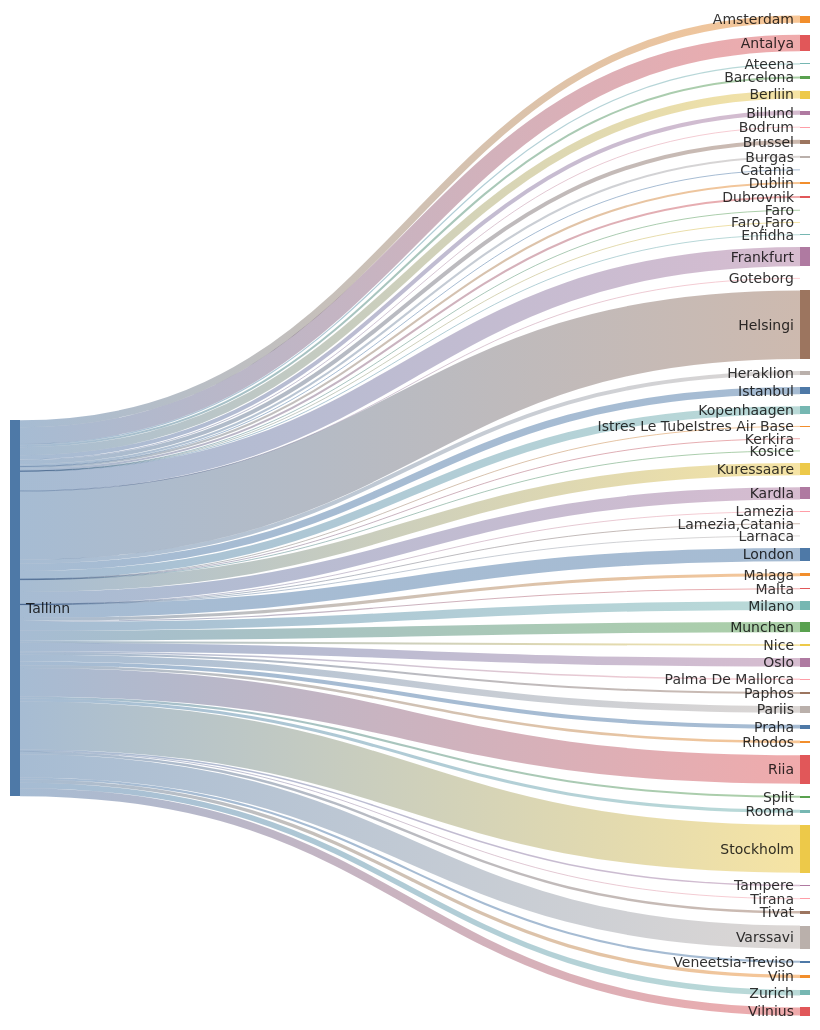
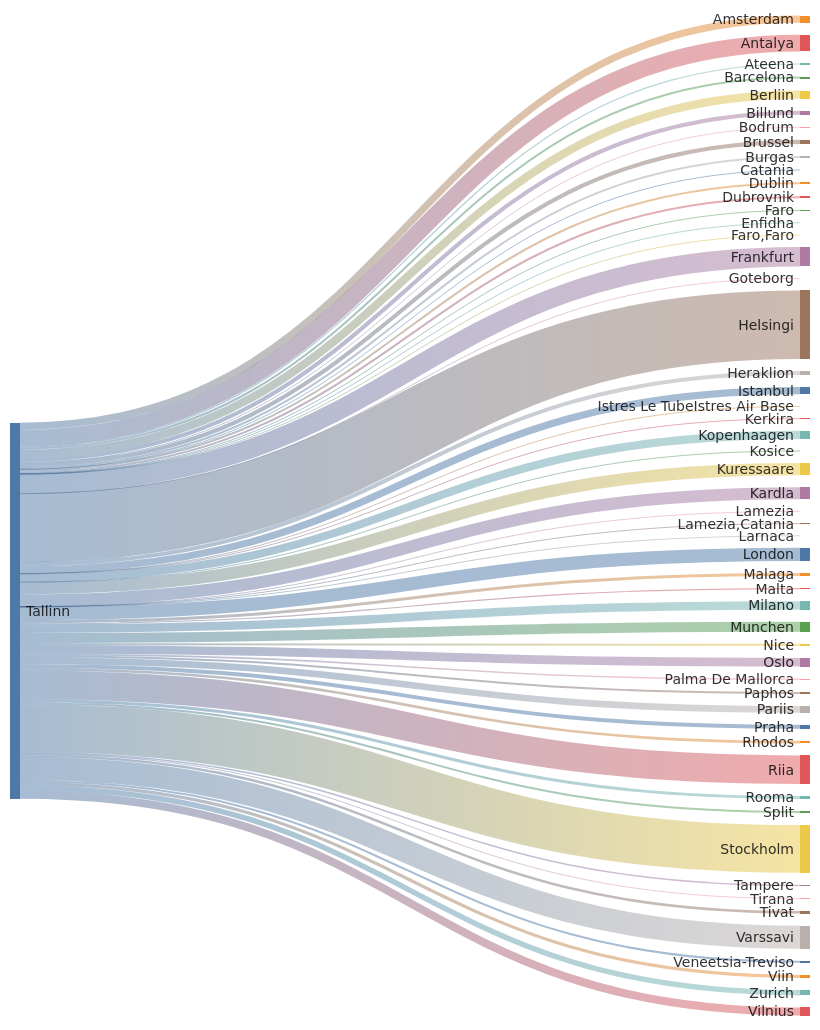
Before and after one commit to rainermesi/tll-airport-departures: the second of 2 diagrams in README.md, drawn with Mermaid. The commit also changed other lines of this file, not shown here.

````diff
--- a/README.md
+++ b/README.md
@@ -34,66 +34,66 @@
 ```mermaid
 ---
 config:
   sankey:
     showValues: false
     width: 800
     height: 1000
 ---
 sankey-beta
 %% source,target,value
-Tallinn,Amsterdam,72
-Tallinn,Antalya,168
+Tallinn,Amsterdam,73
+Tallinn,Antalya,172
 Tallinn,Ateena,12
 Tallinn,Barcelona,21
-Tallinn,Berliin,82
-Tallinn,Billund,41
+Tallinn,Berliin,84
+Tallinn,Billund,42
 Tallinn,Bodrum,10
-Tallinn,Brussel,41
+Tallinn,Brussel,42
 Tallinn,Burgas,21
 Tallinn,Catania,2
 Tallinn,Dublin,21
 Tallinn,Dubrovnik,21
 Tallinn,Enfidha,5
 Tallinn,Faro,3
 Tallinn,"Faro,Faro",1
-Tallinn,Frankfurt,196
+Tallinn,Frankfurt,198
 Tallinn,Goteborg,1
-Tallinn,Helsingi,695
-Tallinn,Heraklion,41
-Tallinn,Istanbul,73
+Tallinn,Helsingi,704
+Tallinn,Heraklion,42
+Tallinn,Istanbul,74
 Tallinn,Istres Le TubeIstres Air Base,2
 Tallinn,Kerkira,4
-Tallinn,Kopenhaagen,81
+Tallinn,Kopenhaagen,83
 Tallinn,Kosice,1
-Tallinn,Kuressaare,124
-Tallinn,Kardla,124
+Tallinn,Kuressaare,125
+Tallinn,Kardla,125
 Tallinn,Lamezia,1
 Tallinn,"Lamezia,Catania",3
 Tallinn,Larnaca,1
-Tallinn,London,134
+Tallinn,London,136
 Tallinn,Malaga,31
 Tallinn,Malta,11
-Tallinn,Milano,87
-Tallinn,Munchen,103
-Tallinn,Nice,20
-Tallinn,Oslo,86
-Tallinn,Palma De Mallorca,15
+Tallinn,Milano,88
+Tallinn,Munchen,104
+Tallinn,Nice,21
+Tallinn,Oslo,89
+Tallinn,Palma De Mallorca,16
 Tallinn,Paphos,20
-Tallinn,Pariis,67
-Tallinn,Praha,40
-Tallinn,Rhodos,26
-Tallinn,Riia,289
-Tallinn,Rooma,31
+Tallinn,Pariis,69
+Tallinn,Praha,41
+Tallinn,Rhodos,27
+Tallinn,Riia,293
+Tallinn,Rooma,32
 Tallinn,Split,21
-Tallinn,Stockholm,486
+Tallinn,Stockholm,491
 Tallinn,Tampere,15
 Tallinn,Tirana,8
-Tallinn,Tivat,25
-Tallinn,Varssavi,234
+Tallinn,Tivat,26
+Tallinn,Varssavi,238
 Tallinn,Veneetsia-Treviso,21
 Tallinn,Viin,33
-Tallinn,Vilnius,82
-Tallinn,Zurich,55
+Tallinn,Vilnius,83
+Tallinn,Zurich,56
 
 
 ```
````
